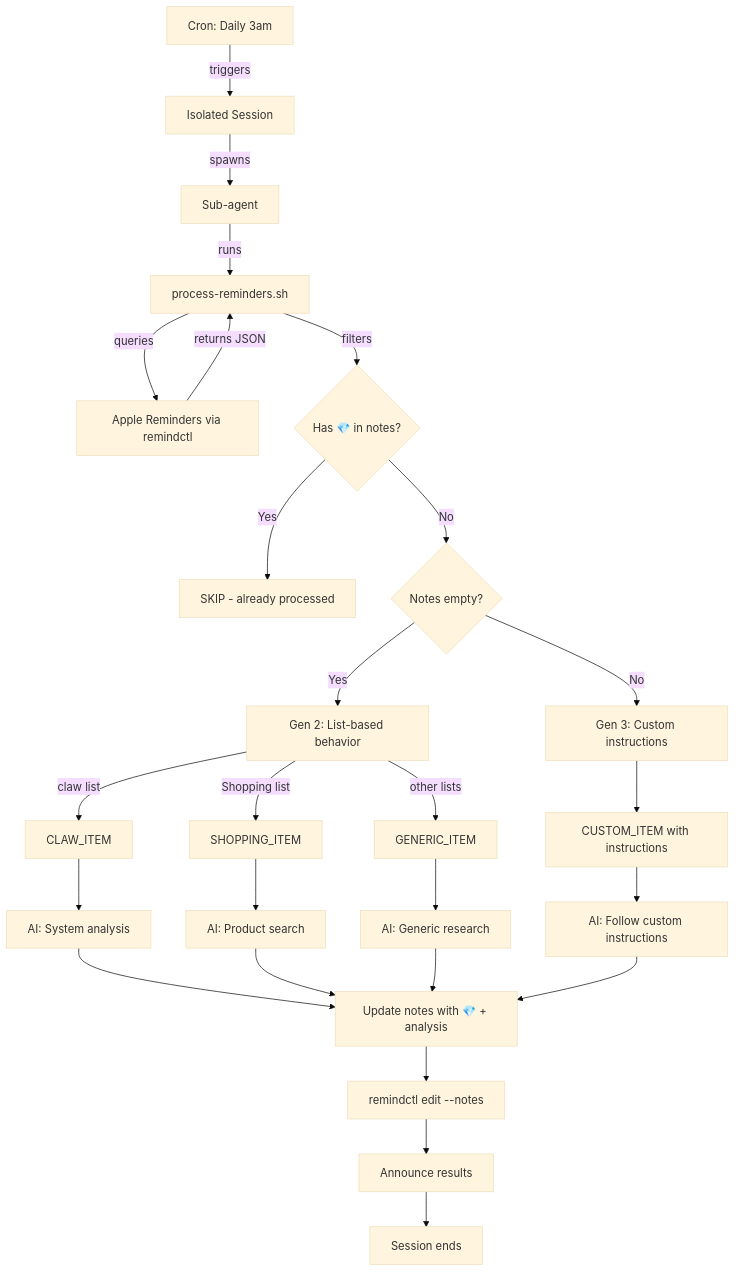
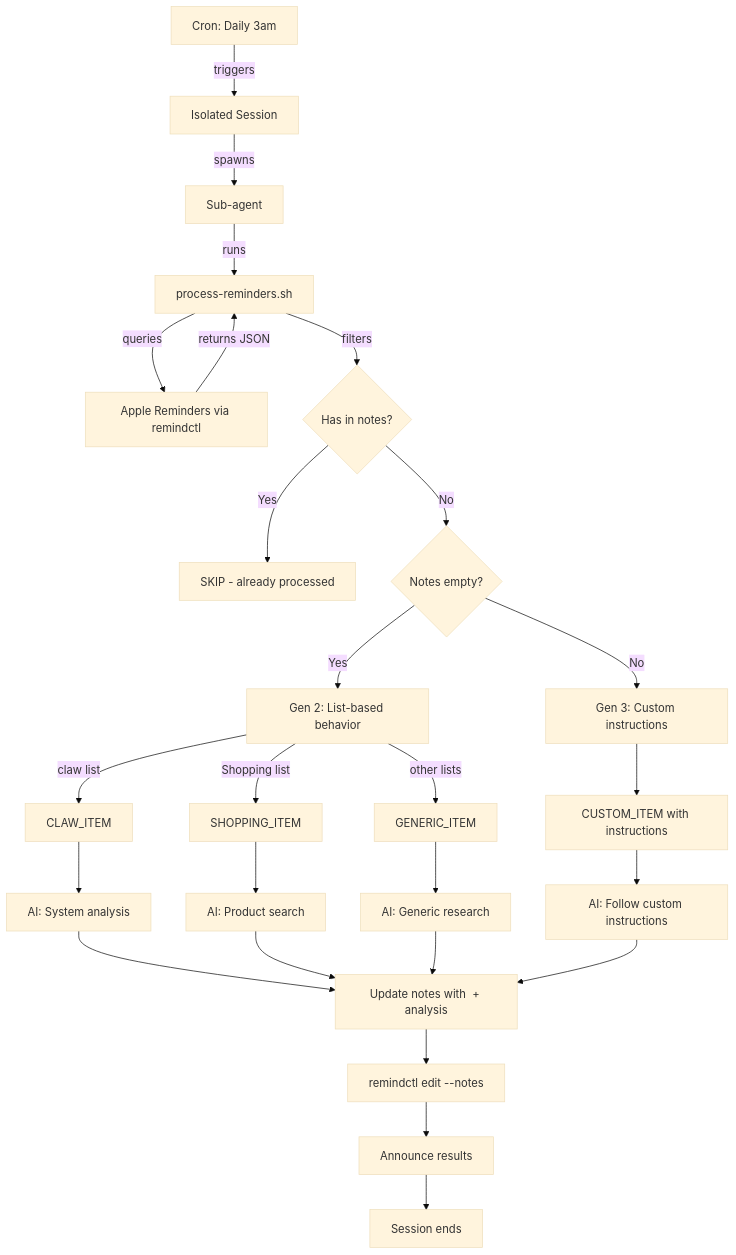
One commit to Dawgomatic/Xagent changed the diagram in skills/skills/nonlinear/reminder-research/references/architecture.md. Above: the diagram before and after it, drawn with Mermaid (base theme). The commit also changed other lines of this file and 18009 other files, not shown here.

````diff
--- a/skills/skills/nonlinear/reminder-research/references/architecture.md
+++ b/skills/skills/nonlinear/reminder-research/references/architecture.md
@@ -15,36 +15,36 @@
 ```mermaid
 graph TD
     A[Cron: Daily 3am] -->|triggers| B[Isolated Session]
     B -->|spawns| C[Sub-agent]
     C -->|runs| D[process-reminders.sh]
     
     D -->|queries| E[Apple Reminders via remindctl]
     E -->|returns JSON| D
     
-    D -->|filters| F{Has 💎 in notes?}
+    D -->|filters| F{Has  in notes?}
     F -->|Yes| G[SKIP - already processed]
     F -->|No| H{Notes empty?}
     
     H -->|Yes| I[Gen 2: List-based behavior]
     H -->|No| J[Gen 3: Custom instructions]
     
     I -->|claw list| K[CLAW_ITEM]
     I -->|Shopping list| L[SHOPPING_ITEM]
     I -->|other lists| M[GENERIC_ITEM]
     
     J --> N[CUSTOM_ITEM with instructions]
     
     K --> O[AI: System analysis]
     L --> P[AI: Product search]
     M --> Q[AI: Generic research]
     N --> R[AI: Follow custom instructions]
     
-    O --> S[Update notes with 💎 + analysis]
+    O --> S[Update notes with  + analysis]
     P --> S
     Q --> S
     R --> S
     
     S --> T[remindctl edit --notes]
     T --> U[Announce results]
     U --> V[Session ends]
 ```
````
